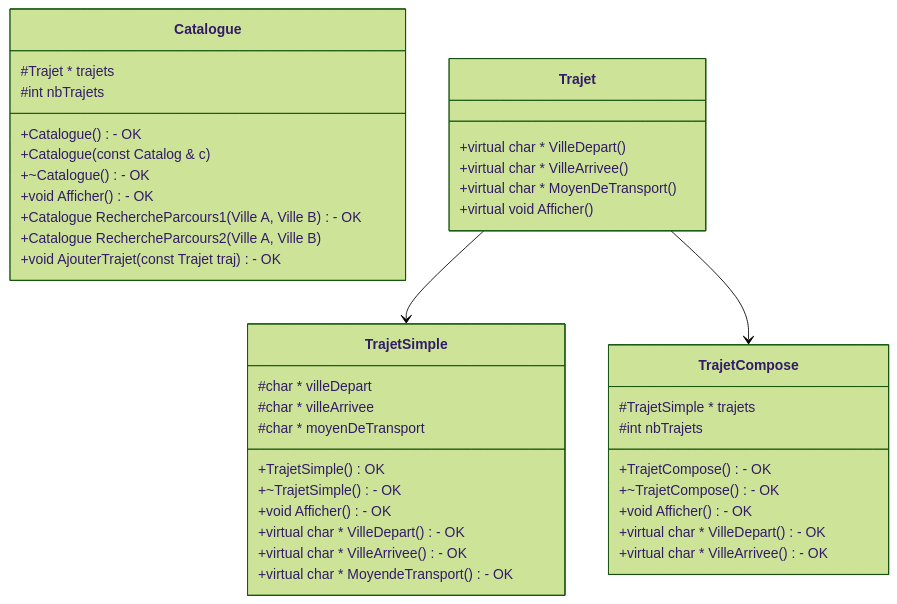
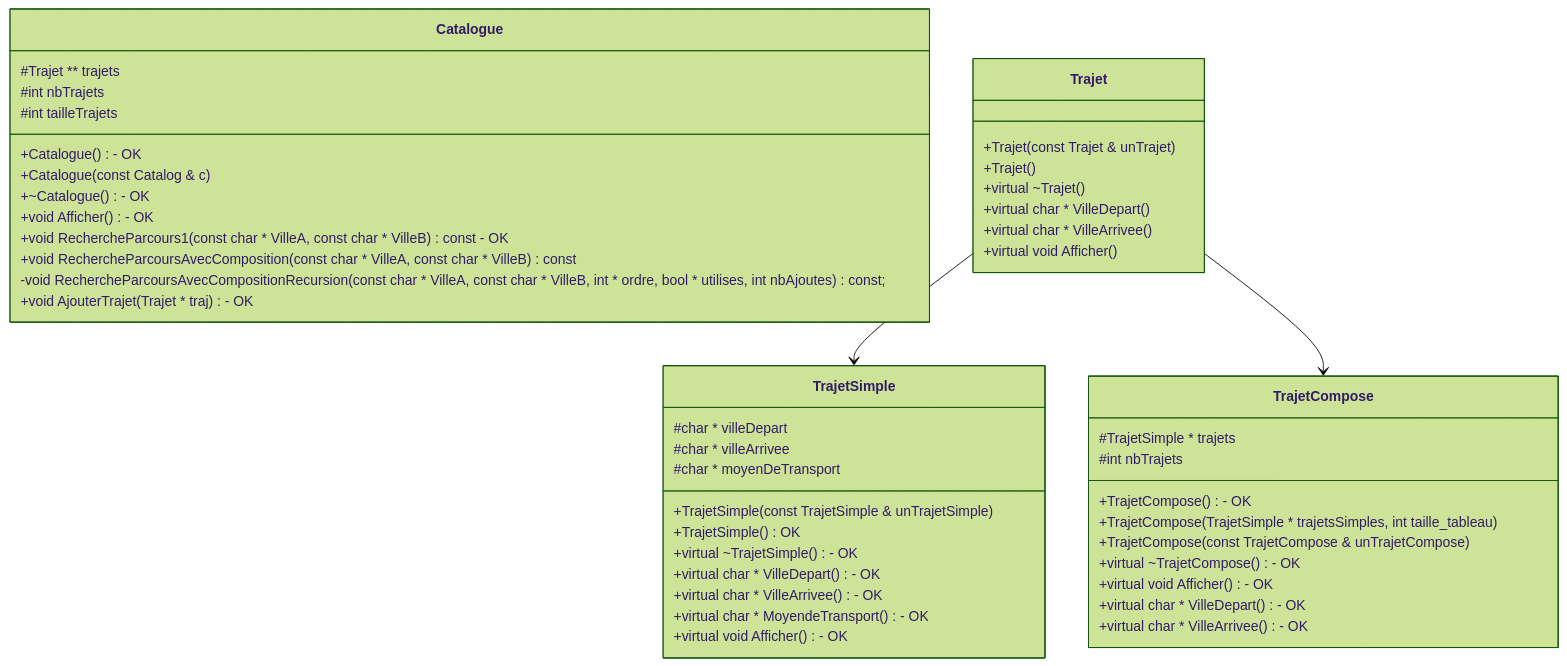
Before and after one commit to hugo-b-r/CPP-TP2: the third of 3 diagrams in README.md, drawn with Mermaid (forest theme).

Commit message:
2nd schema mis à jour selon les .h

````diff
--- a/README.md
+++ b/README.md
@@ -67,53 +67,59 @@
 ```mermaid
 
 classDiagram
     class Catalogue {
-        #Trajet * trajets
+        #Trajet ** trajets
         #int nbTrajets
+        #int tailleTrajets
         
         +Catalogue() - OK
         +Catalogue(const Catalog & c)
         +~Catalogue() - OK
         +void Afficher() - OK
-        +Catalogue RechercheParcours1(Ville A, Ville B) - OK
-        +Catalogue RechercheParcours2(Ville A, Ville B)
-        +void AjouterTrajet(const Trajet traj) - OK
+        +void RechercheParcours1(const char * VilleA, const char * VilleB) const - OK
+        +void RechercheParcoursAvecComposition(const char * VilleA, const char * VilleB) const
+        -void RechercheParcoursAvecCompositionRecursion ( const char * VilleA, const char * VilleB, int * ordre, bool * utilises, int nbAjoutes) const;
+        +void AjouterTrajet(Trajet * traj) - OK
     }
 
     class Trajet {
+        +Trajet ( const Trajet & unTrajet )
+        +Trajet ( )
+        +virtual ~Trajet ( )
         +virtual char * VilleDepart()
         +virtual char * VilleArrivee()
-        +virtual char * MoyenDeTransport()
         +virtual void Afficher()
     }
 
     
     class TrajetSimple {
         #char * villeDepart
         #char * villeArrivee
         #char * moyenDeTransport
 
+        +TrajetSimple(const TrajetSimple & unTrajetSimple)
         +TrajetSimple()  OK
-        +~TrajetSimple() - OK
-        +void Afficher() - OK
-
+        +virtual ~TrajetSimple() - OK
         +virtual char * VilleDepart() - OK
         +virtual char * VilleArrivee() - OK
         +virtual char * MoyendeTransport() - OK
+        +virtual void Afficher () - OK
     }
     Trajet-->TrajetSimple
     
     class TrajetCompose {
         #TrajetSimple * trajets
         #int nbTrajets
 
         +TrajetCompose() - OK
-        +~TrajetCompose() - OK
-        +void Afficher() - OK
+        +TrajetCompose ( TrajetSimple * trajetsSimples, int taille_tableau )
+        +TrajetCompose ( const TrajetCompose & unTrajetCompose )
+        +virtual ~TrajetCompose() - OK
+        +virtual void Afficher() - OK
         +virtual char * VilleDepart() - OK
         +virtual char * VilleArrivee() - OK
     }
     Trajet-->TrajetCompose
 
 
 ```
````
